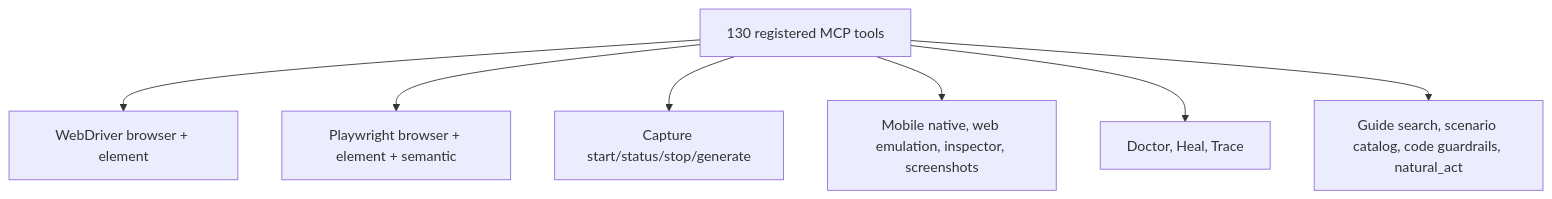
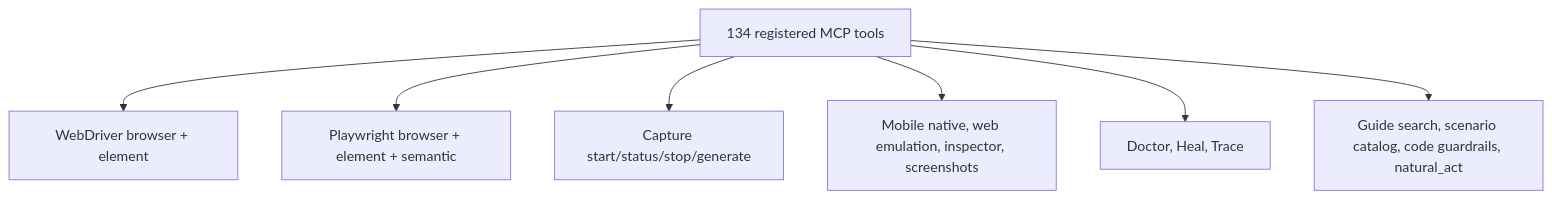
Before and after one commit to ShaftHQ/SHAFT_ENGINE: the seventh of 7 diagrams in modular-era-feature-catalog.md, drawn with Mermaid. The commit also changed other lines of this file and 37 other files, not shown here.

````diff
--- a/modular-era-feature-catalog.md
+++ b/modular-era-feature-catalog.md
@@ -675,9 +703,9 @@
 ```mermaid
 flowchart TB
-    A[130 registered MCP tools] --> B[WebDriver browser + element]
+    A[134 registered MCP tools] --> B[WebDriver browser + element]
     A --> C[Playwright browser + element + semantic]
     A --> D[Capture start/status/stop/generate]
     A --> E[Mobile native, web emulation, inspector, screenshots]
     A --> F[Doctor, Heal, Trace]
     A --> G[Guide search, scenario catalog, code guardrails, natural_act]
 ```
````
